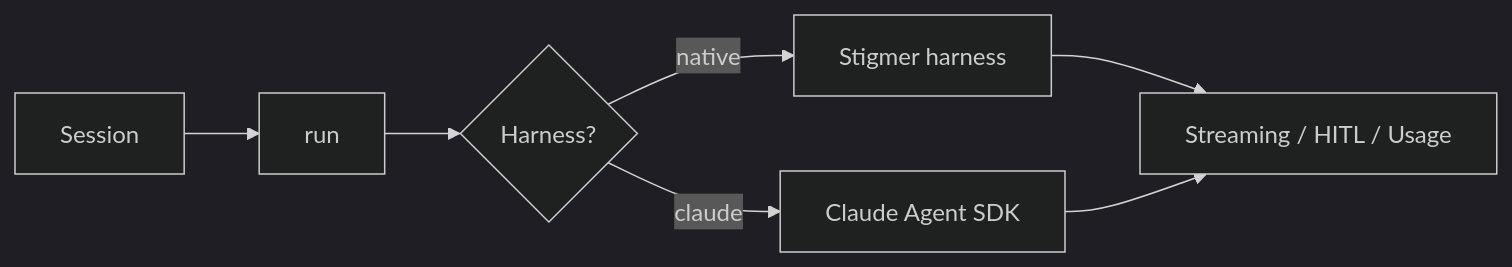
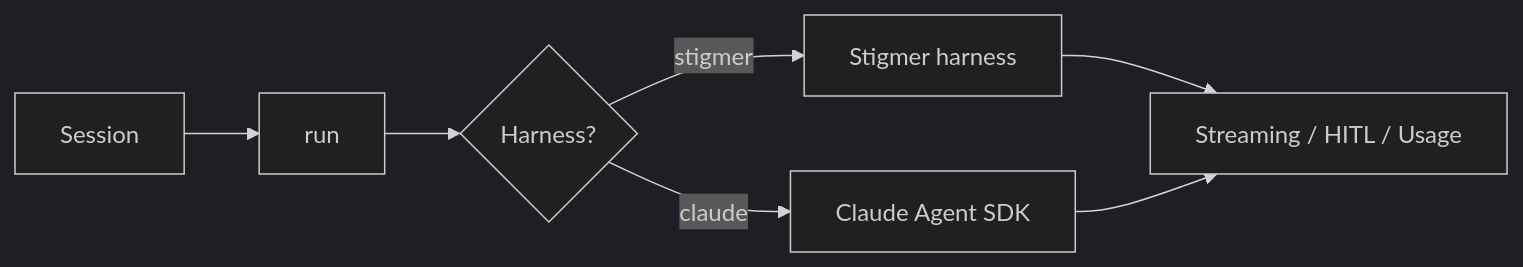
One commit to stigmer/stigmer changed the diagram in docs/concepts/harnesses.mdx. Above: the diagram before and after it, drawn with Mermaid (dark theme). The commit also changed other lines of this file and 25 other files, not shown here.

````diff
--- a/docs/concepts/harnesses.mdx
+++ b/docs/concepts/harnesses.mdx
@@ -132,9 +132,9 @@
 ```mermaid
 flowchart LR
   S["Session"] --> R["run"]
   R --> D{Harness?}
-  D -->|native| EG["Stigmer harness"]
+  D -->|stigmer| EG["Stigmer harness"]
   D -->|claude| EA["Claude Agent SDK"]
   EG --> P["Streaming / HITL / Usage"]
   EA --> P
 ```
````
